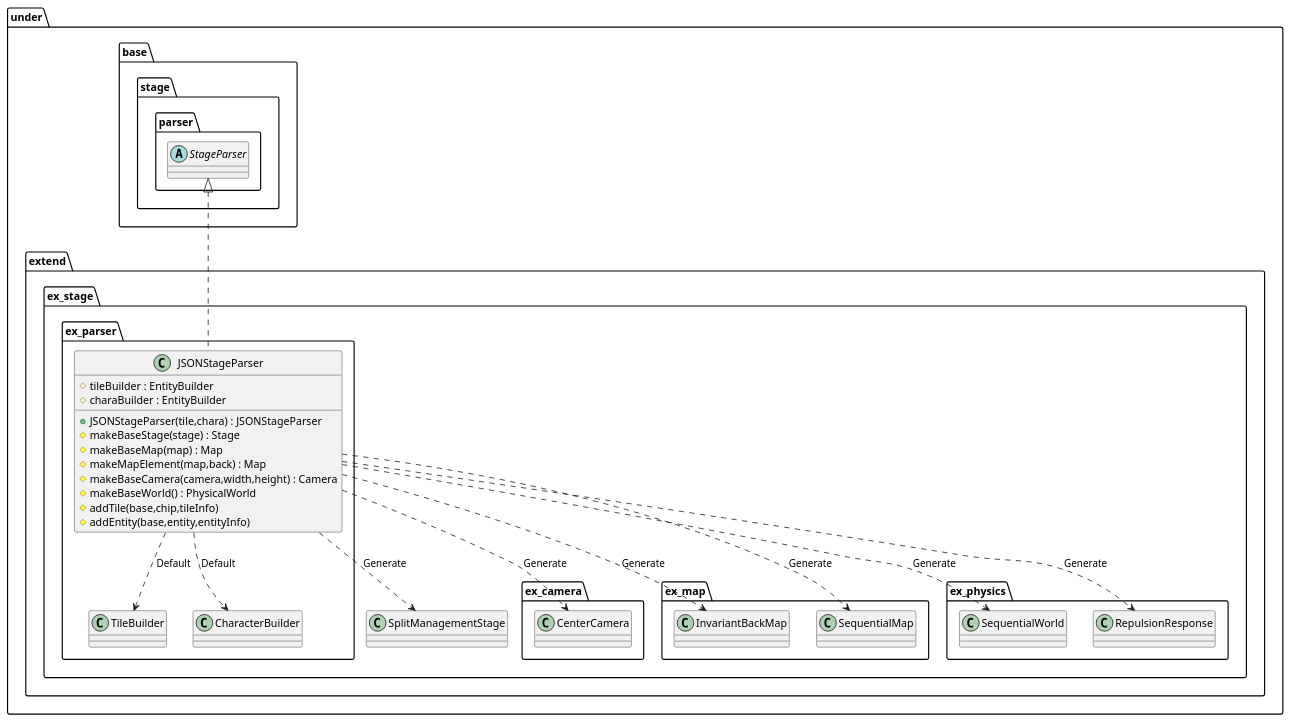
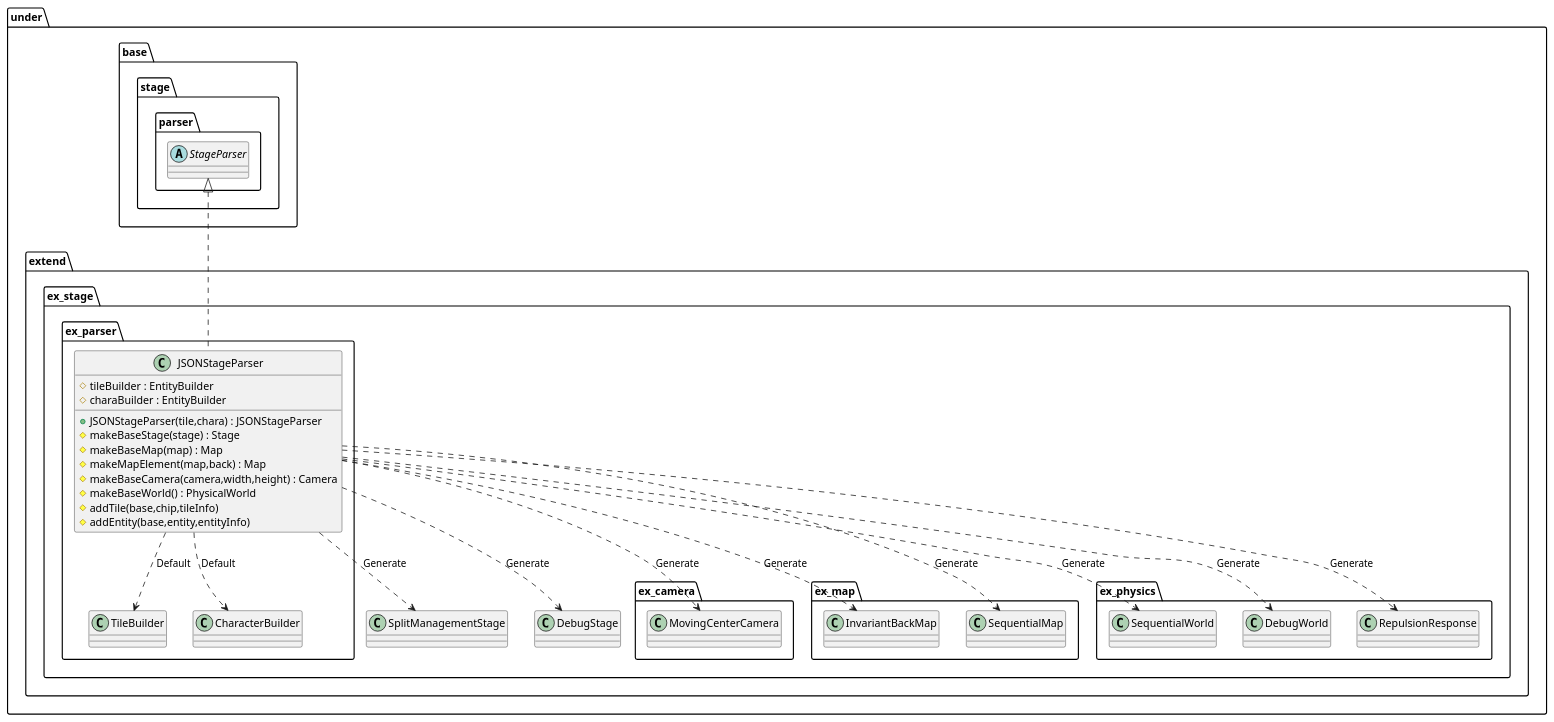
The diagram in uml/parser/JSON.wsd (Expine/Under), drawn with PlantUML before and after one commit. The commit also changed 18 other files, not shown here.

Commit message:
Add comment to collider and fix uml

```diff
--- a/uml/parser/JSON.wsd
+++ b/uml/parser/JSON.wsd
@@ -1,67 +1,71 @@
 @startuml ParserJSON
 
 package under {
     package extend {
         package ex_stage {
             package ex_parser {
                 class JSONStageParser {
                     +JSONStageParser(tile,chara) : JSONStageParser
                     #tileBuilder : EntityBuilder
                     #charaBuilder : EntityBuilder
                     #makeBaseStage(stage) : Stage
                     #makeBaseMap(map) : Map
                     #makeMapElement(map,back) : Map
                     #makeBaseCamera(camera,width,height) : Camera
                     #makeBaseWorld() : PhysicalWorld
                     #addTile(base,chip,tileInfo)
                     #addEntity(base,entity,entityInfo)
                 }
             }
         }
     }
 }
 
 package under {
     package base {
         package stage {
             package parser {
                 abstract StageParser
             }
         }
     }
     package extend {
         package ex_stage {
             class SplitManagementStage
+            class DebugStage
             package ex_parser {
                 class TileBuilder
                 class CharacterBuilder
             }
             package ex_camera {
-                class CenterCamera
+                class MovingCenterCamera
             }
             package ex_map {
                 class InvariantBackMap
                 class SequentialMap
             }
             package ex_physics {
                 class SequentialWorld
+                class DebugWorld
                 class RepulsionResponse
             }
         }
 
     }
 }
 
 JSONStageParser ..> SplitManagementStage : Generate
-JSONStageParser ..> CenterCamera : Generate
+JSONStageParser ..> DebugStage : Generate
+JSONStageParser ..> MovingCenterCamera : Generate
 JSONStageParser ..> SequentialMap : Generate
 JSONStageParser ..> InvariantBackMap : Generate
 JSONStageParser ..> SequentialWorld : Generate
+JSONStageParser ..> DebugWorld : Generate
 JSONStageParser ..> RepulsionResponse : Generate
 
 JSONStageParser ..> TileBuilder : "Default"
 JSONStageParser ..> CharacterBuilder : "Default"
 
 StageParser <|.. JSONStageParser
 
 @enduml
```
